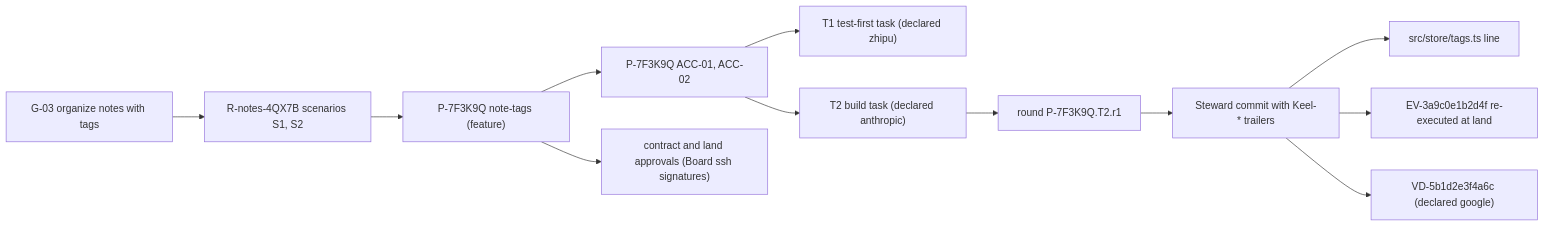
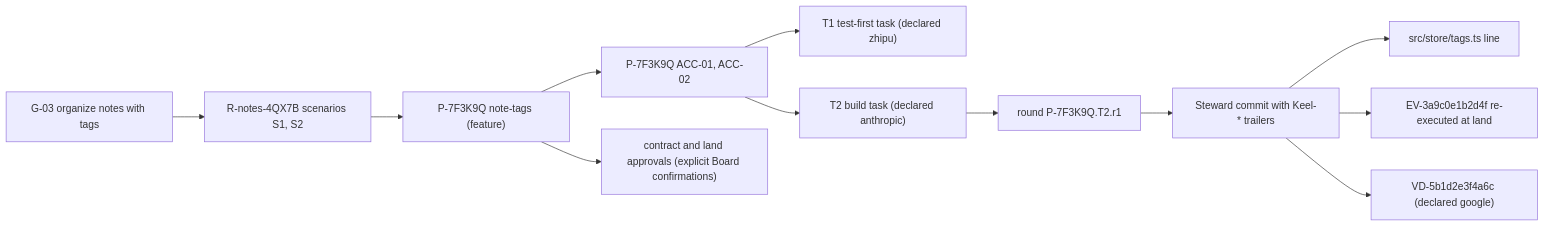
Before and after one commit to Qither/keel: the diagram in docs/00-vision.md, drawn with Mermaid. The commit also changed other lines of this file and 130 other files, not shown here.

````diff
--- a/docs/00-vision.md
+++ b/docs/00-vision.md
@@ -526,14 +534,14 @@
 ```mermaid
 flowchart LR
   G["G-03 organize notes with tags"] --> R["R-notes-4QX7B scenarios S1, S2"]
   R --> P["P-7F3K9Q note-tags (feature)"]
   P --> ACC["P-7F3K9Q ACC-01, ACC-02"]
   ACC --> T1["T1 test-first task (declared zhipu)"]
   ACC --> T2["T2 build task (declared anthropic)"]
   T2 --> RND["round P-7F3K9Q.T2.r1"]
   RND --> C["Steward commit with Keel-* trailers"]
   C --> L["src/store/tags.ts line"]
   C --> EV["EV-3a9c0e1b2d4f re-executed at land"]
   C --> VD["VD-5b1d2e3f4a6c (declared google)"]
-  P --> AP["contract and land approvals (Board ssh signatures)"]
+  P --> AP["contract and land approvals (explicit Board confirmations)"]
 ```
````
